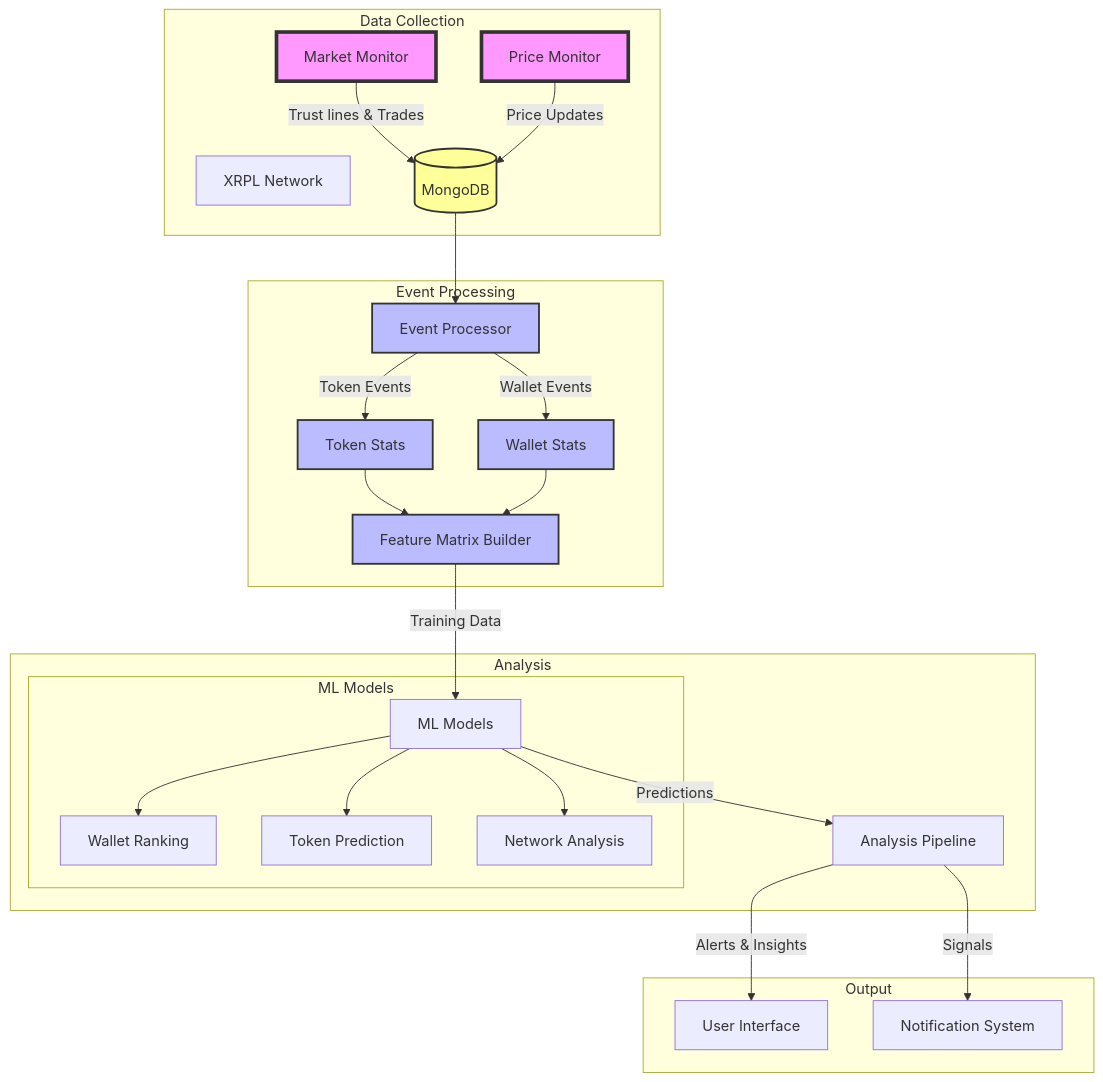
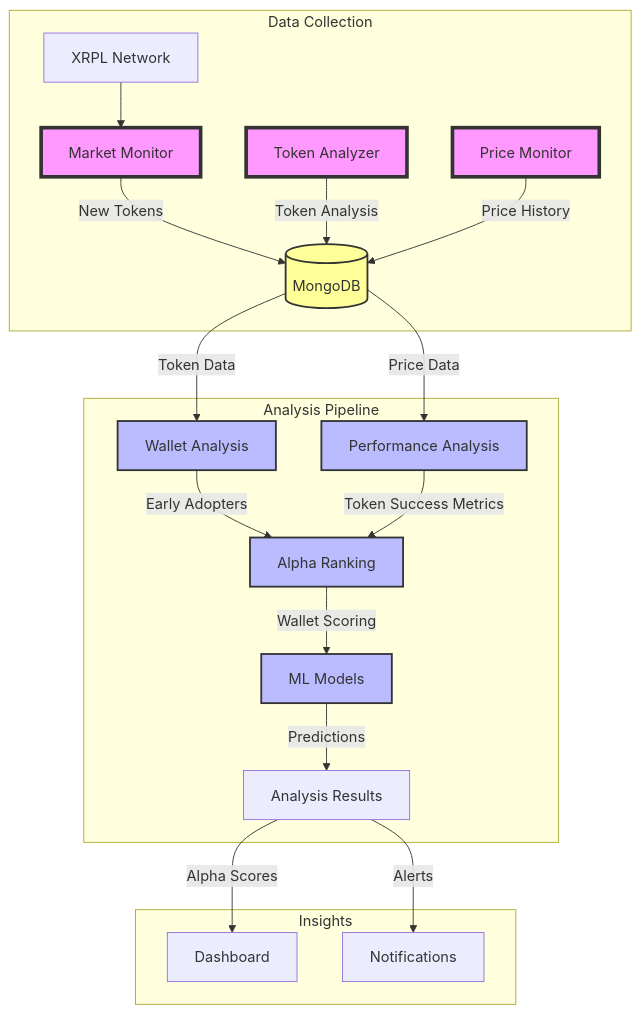
Before and after one commit to KeithTheDev/xrpl-simple-copy-trader: the diagram in market_monitor_target_architecture.mermaid, drawn with Mermaid. The commit also changed 17 other files, not shown here.

```diff
--- a/market_monitor_target_architecture.mermaid
+++ b/market_monitor_target_architecture.mermaid
@@ -1,40 +1,36 @@
 flowchart TB
     subgraph Data Collection
         XRPL[XRPL Network]
         MM[Market Monitor]
+        TA[Token Analyzer]
         PM[Price Monitor]
-        MM --> |Trust lines & Trades| DB[(MongoDB)]
-        PM --> |Price Updates| DB
+        
+        XRPL --> MM
+        MM --> |New Tokens| DB[(MongoDB)]
+        TA --> |Token Analysis| DB
+        PM --> |Price History| DB
     end
 
-    subgraph Event Processing
-        DB --> EP[Event Processor]
-        EP --> |Token Events| TS[Token Stats]
-        EP --> |Wallet Events| WS[Wallet Stats]
-        TS --> FM[Feature Matrix Builder]
-        WS --> FM
+    subgraph Analysis Pipeline
+        DB --> |Token Data| WA[Wallet Analysis]
+        DB --> |Price Data| PA[Performance Analysis]
+        
+        WA --> |Early Adopters| AR[Alpha Ranking]
+        PA --> |Token Success Metrics| AR
+        
+        AR --> |Wallet Scoring| ML[ML Models]
+        ML --> |Predictions| AP[Analysis Results]
     end
 
-    subgraph Analysis
-        FM --> |Training Data| ML[ML Models]
-        ML --> |Predictions| AP[Analysis Pipeline]
-        
-        subgraph ML Models
-            ML --> WR[Wallet Ranking]
-            ML --> TP[Token Prediction]
-            ML --> NA[Network Analysis]
-        end
-    end
-
-    subgraph Output
-        AP --> |Alerts & Insights| UI[User Interface]
-        AP --> |Signals| NS[Notification System]
+    subgraph Insights
+        AP --> |Alpha Scores| Dashboard
+        AP --> |Alerts| Notifications
     end
 
     classDef primary fill:#f9f,stroke:#333,stroke-width:4px
     classDef secondary fill:#bbf,stroke:#333,stroke-width:2px
     classDef storage fill:#ff9,stroke:#333,stroke-width:2px
     
-    class MM,PM primary
-    class EP,TS,WS,FM secondary
+    class MM,TA,PM primary
+    class WA,PA,AR,ML secondary
     class DB storage
```
